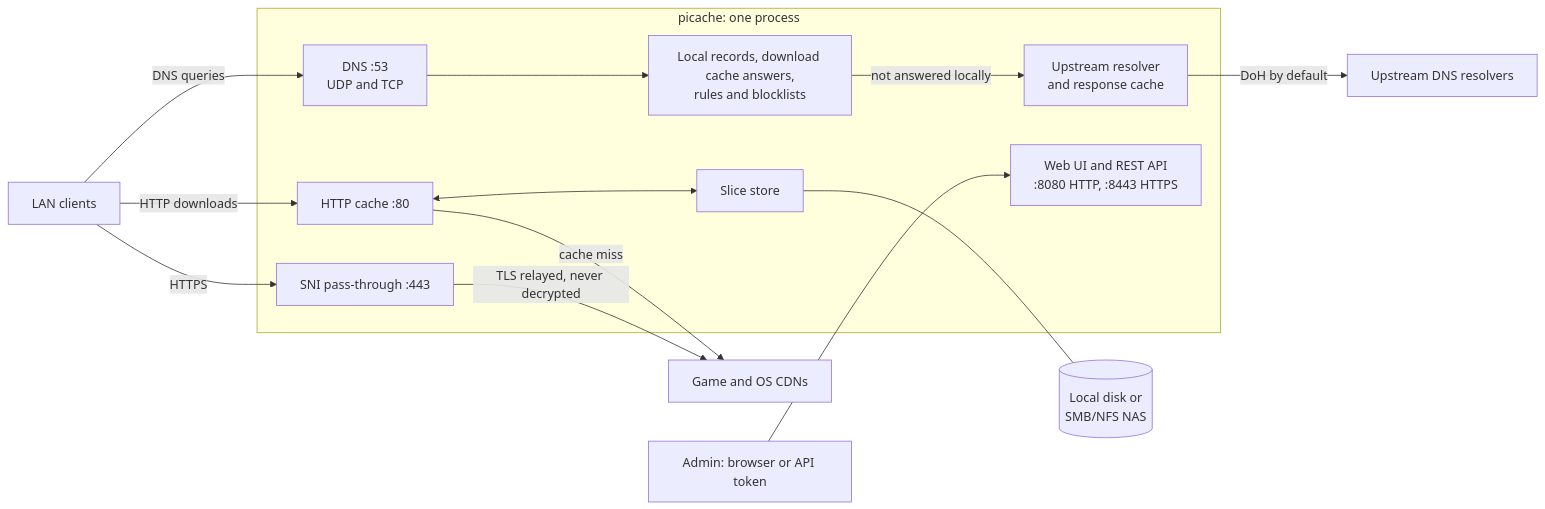
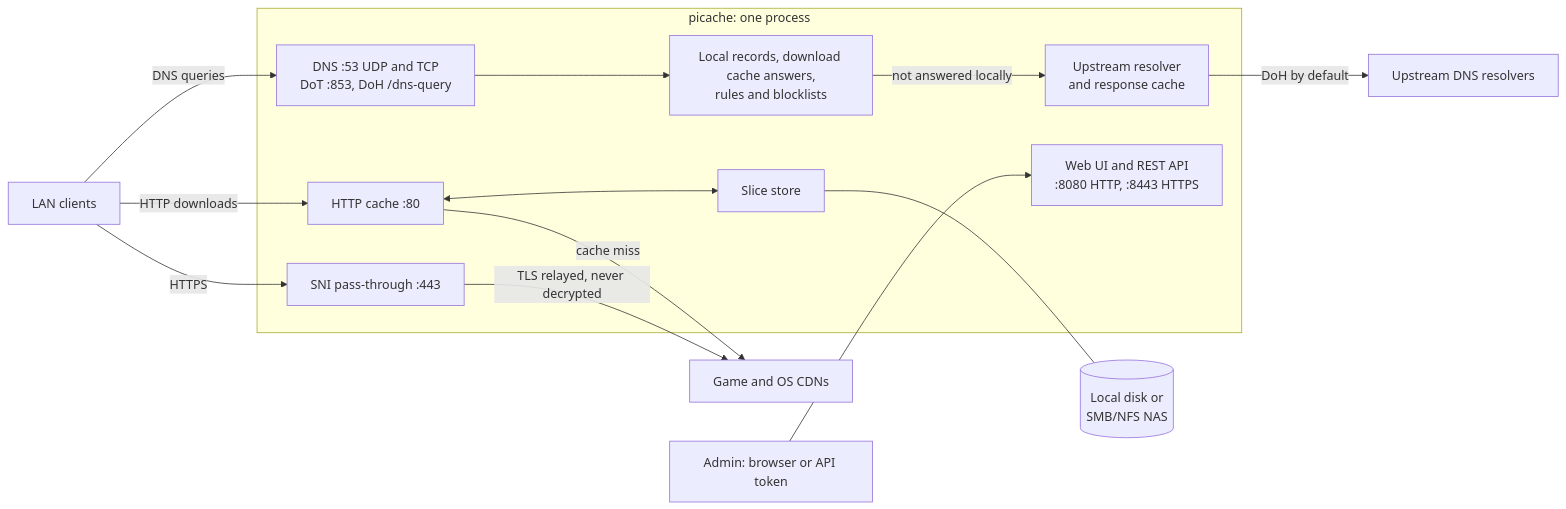
Before and after one commit to Hustenreizjuengling/PiCache: the diagram in README.md, drawn with Mermaid. The commit also changed other lines of this file and 133 other files, not shown here.

````diff
--- a/README.md
+++ b/README.md
@@ -303,28 +316,28 @@
 ```mermaid
 flowchart LR
     clients["LAN clients"]
     admin["Admin: browser or API token"]
 
     subgraph picache["picache: one process"]
-        dns["DNS :53<br/>UDP and TCP"]
+        dns["DNS :53 UDP and TCP<br/>DoT :853, DoH /dns-query"]
         pipeline["Local records, download cache answers,<br/>rules and blocklists"]
         resolver["Upstream resolver<br/>and response cache"]
         proxy["HTTP cache :80"]
         sni["SNI pass-through :443"]
         web["Web UI and REST API<br/>:8080 HTTP, :8443 HTTPS"]
         store["Slice store"]
     end
 
     upstreams["Upstream DNS resolvers"]
     cdns["Game and OS CDNs"]
     disk[("Local disk or<br/>SMB/NFS NAS")]
 
     clients -->|DNS queries| dns --> pipeline -->|not answered locally| resolver -->|DoH by default| upstreams
     clients -->|HTTP downloads| proxy
     clients -->|HTTPS| sni
     proxy <--> store
     store --- disk
     proxy -->|cache miss| cdns
     sni -->|TLS relayed, never decrypted| cdns
     admin --> web
 ```
````
